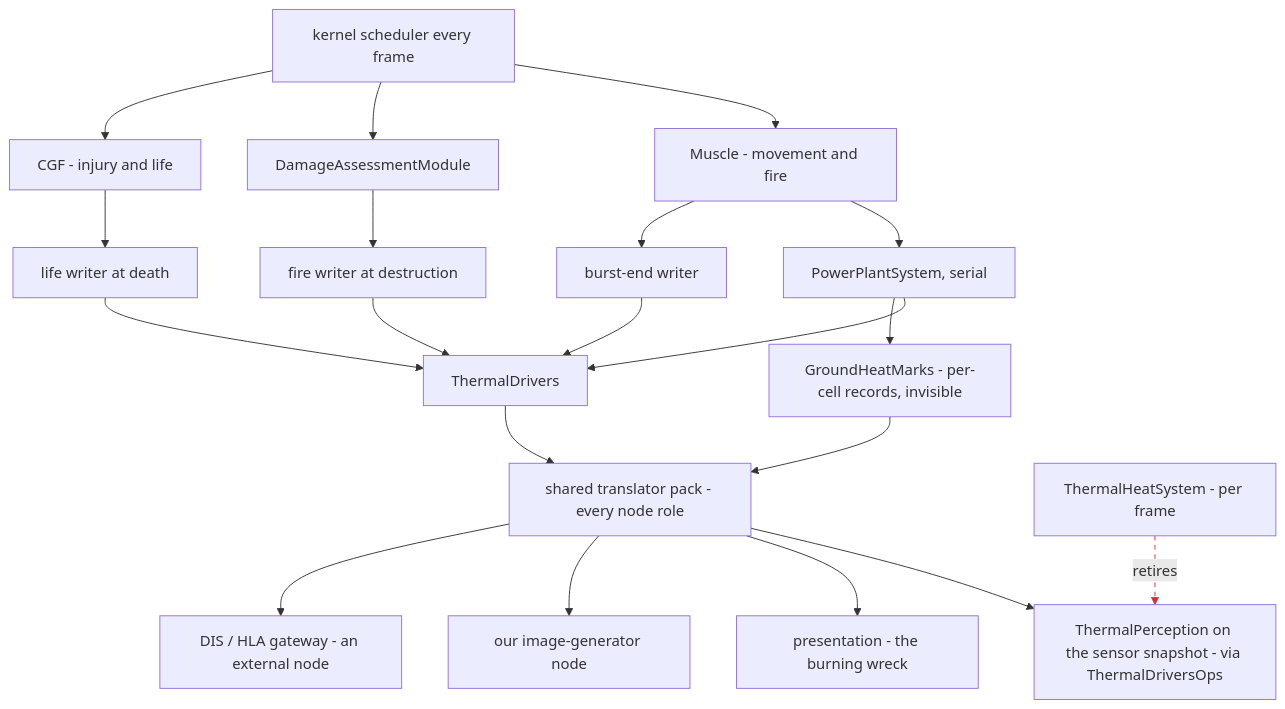
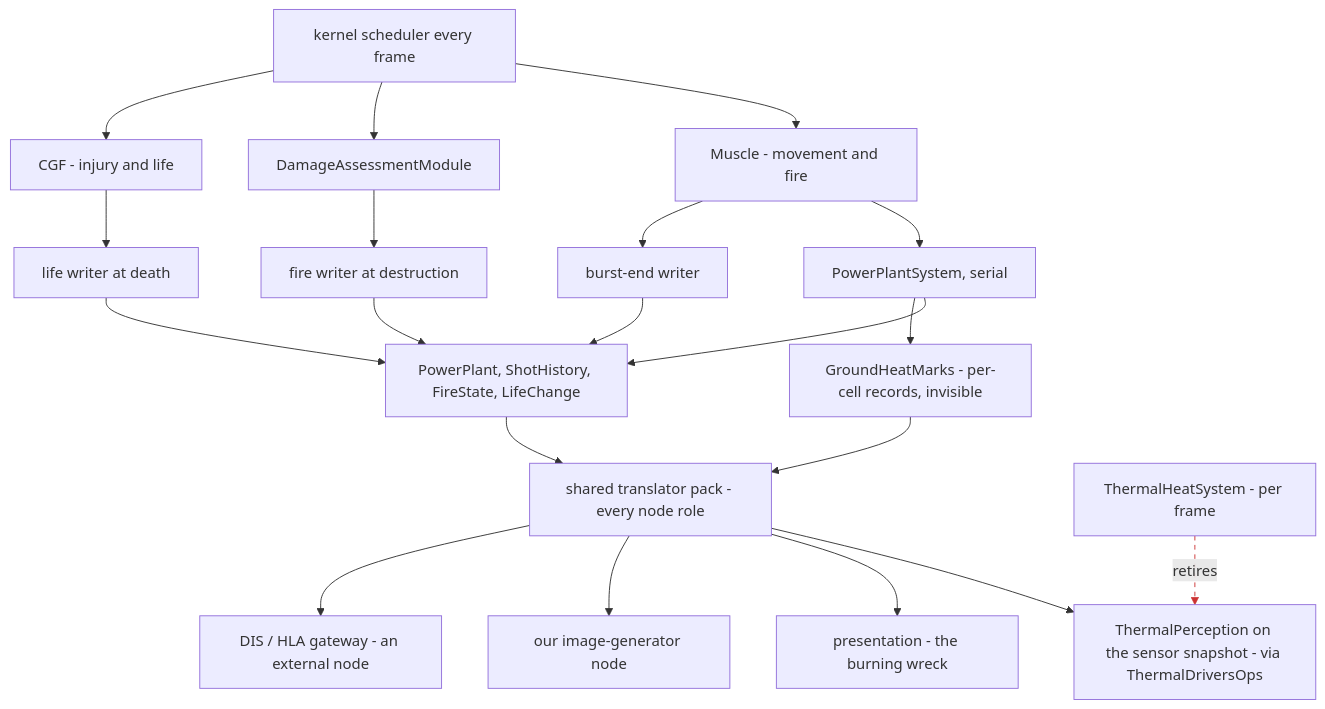
One commit to pjanec/HROT changed the third of 3 diagrams in docs/designs/thermal/DESIGN_Thermal_Drivers.md. Above: the diagram before and after it, drawn with Mermaid. The commit also changed other lines of this file, not shown here.

First line of the commit message:
thermal drivers: §4 the components — a family by entity and writer (PowerPlant, ShotHistory, FireState, LifeChange, GroundHeatMarks); TD-2 revised

````diff
--- a/docs/designs/thermal/DESIGN_Thermal_Drivers.md
+++ b/docs/designs/thermal/DESIGN_Thermal_Drivers.md
@@ -203,23 +235,23 @@
 ```mermaid
 graph TD
   SCH[kernel scheduler every frame] --> MUS[Muscle - movement and fire]
   SCH --> DAM[DamageAssessmentModule]
   SCH --> CGF[CGF - injury and life]
   MUS --> PPS[PowerPlantSystem, serial]
   MUS --> BW[burst-end writer]
   DAM --> FW[fire writer at destruction]
   CGF --> LW[life writer at death]
-  PPS --> TD[ThermalDrivers]
+  PPS --> TD[PowerPlant, ShotHistory, FireState, LifeChange]
   BW --> TD
   FW --> TD
   LW --> TD
   TD --> PACK[shared translator pack - every node role]
   PACK --> SENS[ThermalPerception on the sensor snapshot - via ThermalDriversOps]
   PACK --> FX[presentation - the burning wreck]
   PACK --> IG[our image-generator node]
   PACK --> GW[DIS / HLA gateway - an external node]
   PPS --> HM[GroundHeatMarks - per-cell records, invisible]
   HM --> PACK
   OLD[ThermalHeatSystem - per frame] -.retires.-> SENS
   linkStyle 18 stroke:#c33,stroke-dasharray: 5 5
 ```
````
